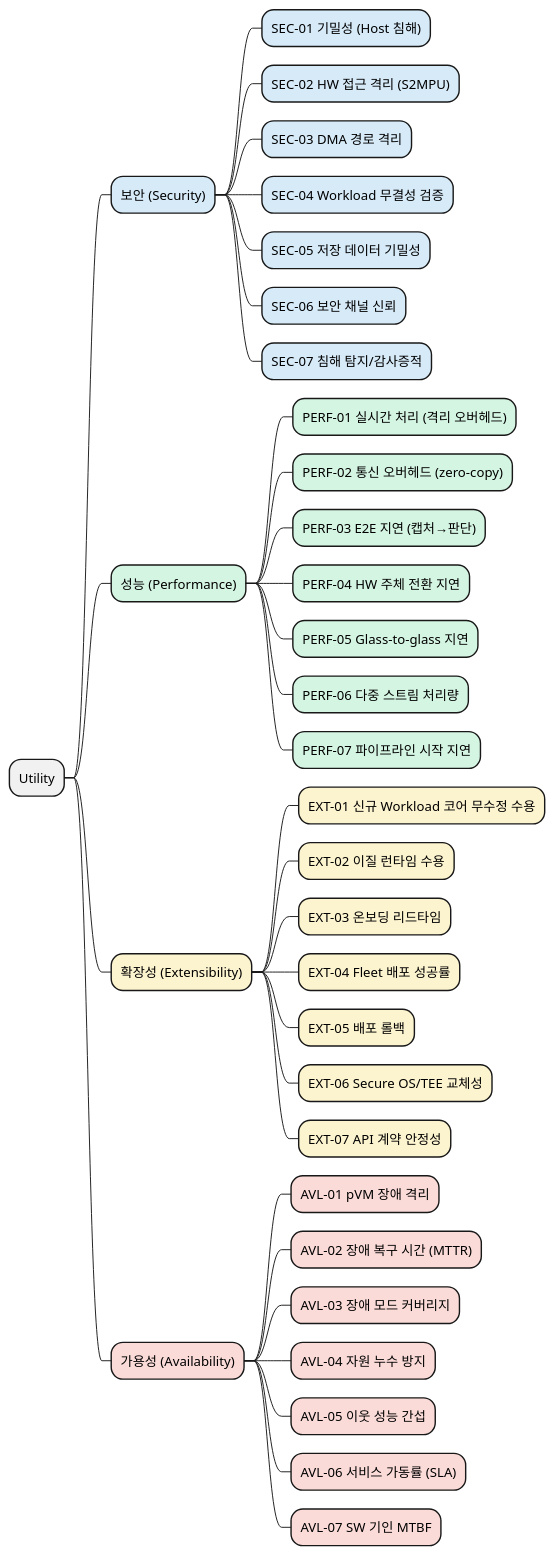
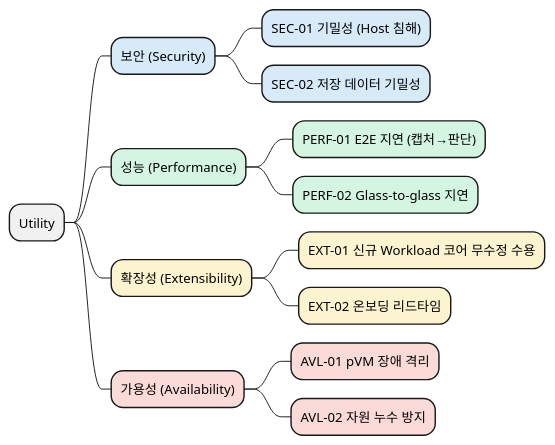
The diagram in docs/03_qa_utility_tree_metrics.md (boram1288/test-p), drawn with PlantUML before and after one commit. The commit also changed other lines of this file, not shown here.

````diff
--- a/docs/03_qa_utility_tree_metrics.md
+++ b/docs/03_qa_utility_tree_metrics.md
@@ -21,44 +20,24 @@
 ```plantuml
 @startmindmap
 <style>
 mindmapDiagram {
   boxless {
     FontColor #1F2933
   }
 }
 </style>
 * Utility
 **[#D6EAF8] 보안 (Security)
 ***[#D6EAF8] SEC-01 기밀성 (Host 침해)
-***[#D6EAF8] SEC-02 HW 접근 격리 (S2MPU)
-***[#D6EAF8] SEC-03 DMA 경로 격리
-***[#D6EAF8] SEC-04 Workload 무결성 검증
-***[#D6EAF8] SEC-05 저장 데이터 기밀성
-***[#D6EAF8] SEC-06 보안 채널 신뢰
-***[#D6EAF8] SEC-07 침해 탐지/감사증적
+***[#D6EAF8] SEC-02 저장 데이터 기밀성
 **[#D5F5E3] 성능 (Performance)
-***[#D5F5E3] PERF-01 실시간 처리 (격리 오버헤드)
-***[#D5F5E3] PERF-02 통신 오버헤드 (zero-copy)
-***[#D5F5E3] PERF-03 E2E 지연 (캡처→판단)
-***[#D5F5E3] PERF-04 HW 주체 전환 지연
-***[#D5F5E3] PERF-05 Glass-to-glass 지연
-***[#D5F5E3] PERF-06 다중 스트림 처리량
-***[#D5F5E3] PERF-07 파이프라인 시작 지연
+***[#D5F5E3] PERF-01 E2E 지연 (캡처→판단)
+***[#D5F5E3] PERF-02 Glass-to-glass 지연
 **[#FCF3CF] 확장성 (Extensibility)
 ***[#FCF3CF] EXT-01 신규 Workload 코어 무수정 수용
-***[#FCF3CF] EXT-02 이질 런타임 수용
-***[#FCF3CF] EXT-03 온보딩 리드타임
-***[#FCF3CF] EXT-04 Fleet 배포 성공률
-***[#FCF3CF] EXT-05 배포 롤백
-***[#FCF3CF] EXT-06 Secure OS/TEE 교체성
-***[#FCF3CF] EXT-07 API 계약 안정성
+***[#FCF3CF] EXT-02 온보딩 리드타임
 **[#FADBD8] 가용성 (Availability)
 ***[#FADBD8] AVL-01 pVM 장애 격리
-***[#FADBD8] AVL-02 장애 복구 시간 (MTTR)
-***[#FADBD8] AVL-03 장애 모드 커버리지
-***[#FADBD8] AVL-04 자원 누수 방지
-***[#FADBD8] AVL-05 이웃 성능 간섭
-***[#FADBD8] AVL-06 서비스 가동률 (SLA)
-***[#FADBD8] AVL-07 SW 기인 MTBF
+***[#FADBD8] AVL-02 자원 누수 방지
 @endmindmap
 ```
````
